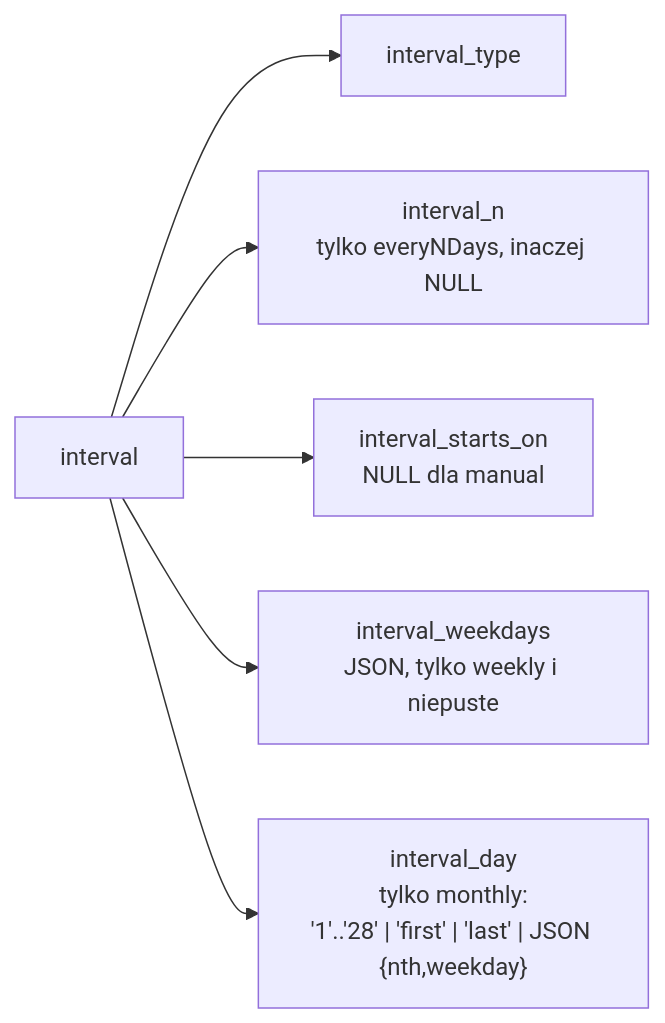
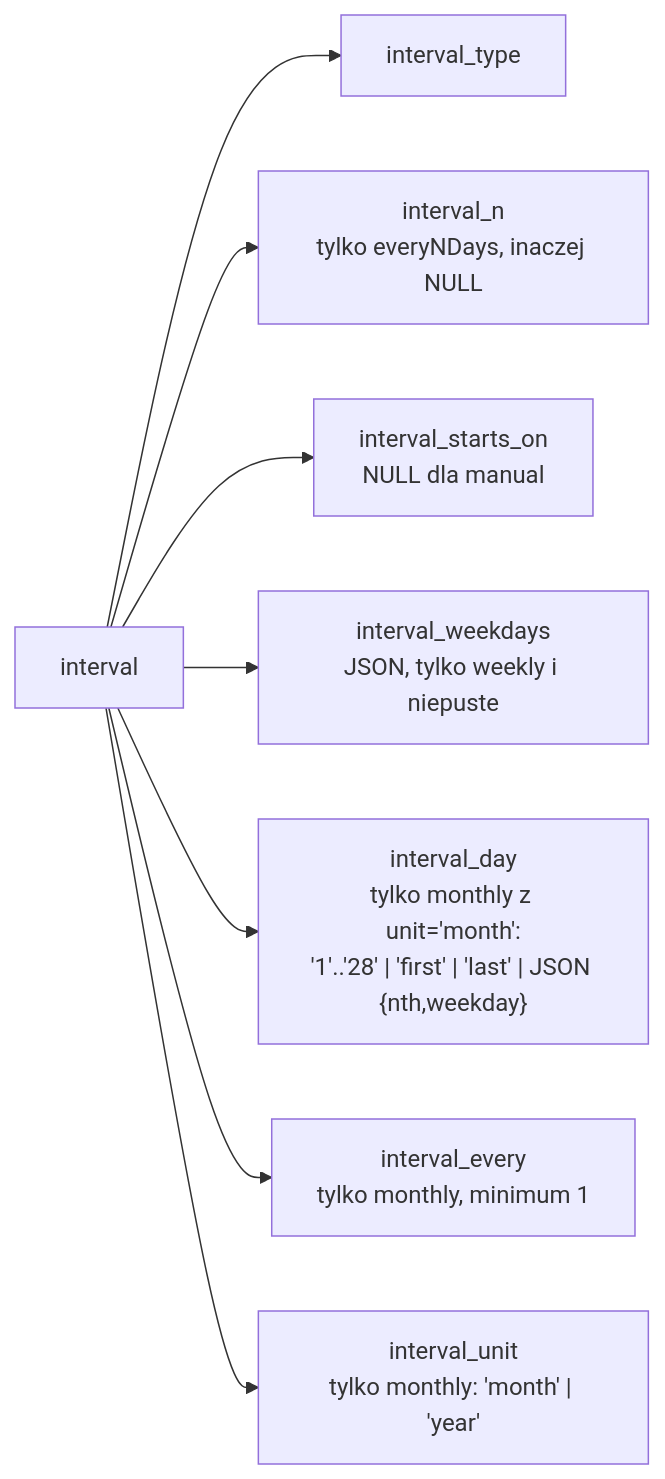
One commit to gustaw-beznicki/Home-dashboard changed the sixth of 7 diagrams in docs/rhythm-editor.md. Above: the diagram before and after it, drawn with Mermaid. The commit also changed other lines of this file and 1 other file, not shown here.

````diff
--- a/docs/rhythm-editor.md
+++ b/docs/rhythm-editor.md
@@ -154,8 +209,10 @@
 ```mermaid
 flowchart LR
     I["interval"] --> T["interval_type"]
     I --> N["interval_n<br/>tylko everyNDays, inaczej NULL"]
     I --> SO["interval_starts_on<br/>NULL dla manual"]
     I --> WD["interval_weekdays<br/>JSON, tylko weekly i niepuste"]
-    I --> DY["interval_day<br/>tylko monthly:<br/>'1'..'28' | 'first' | 'last' | JSON {nth,weekday}"]
+    I --> DY["interval_day<br/>tylko monthly z unit='month':<br/>'1'..'28' | 'first' | 'last' | JSON {nth,weekday}"]
+    I --> EV["interval_every<br/>tylko monthly, minimum 1"]
+    I --> UN["interval_unit<br/>tylko monthly: 'month' | 'year'"]
 ```
````
